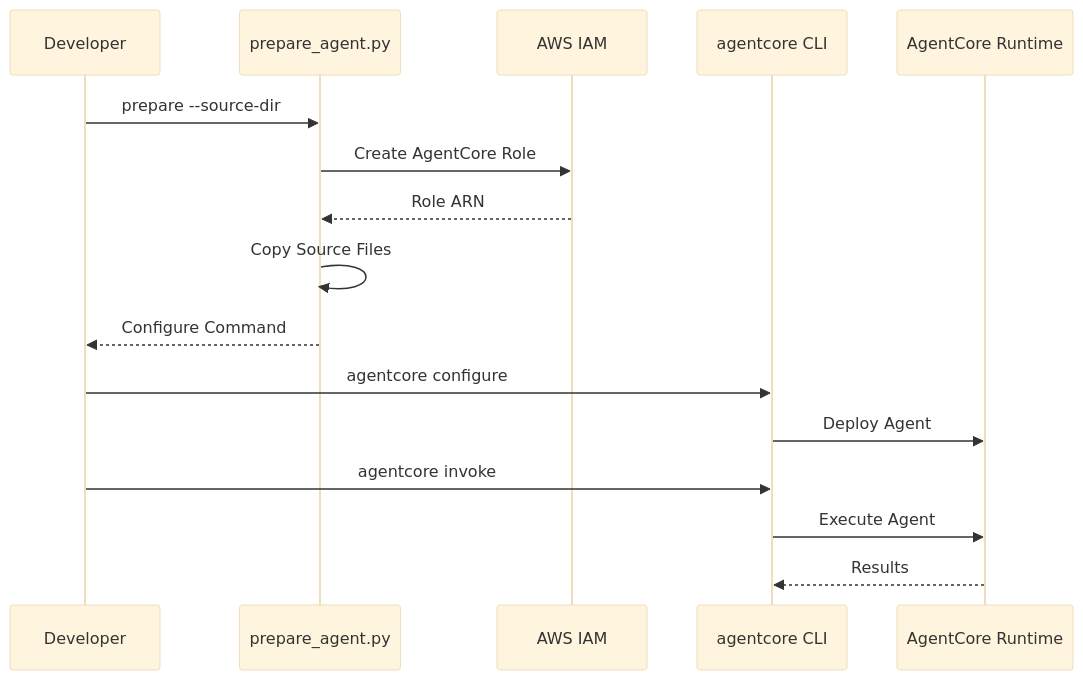
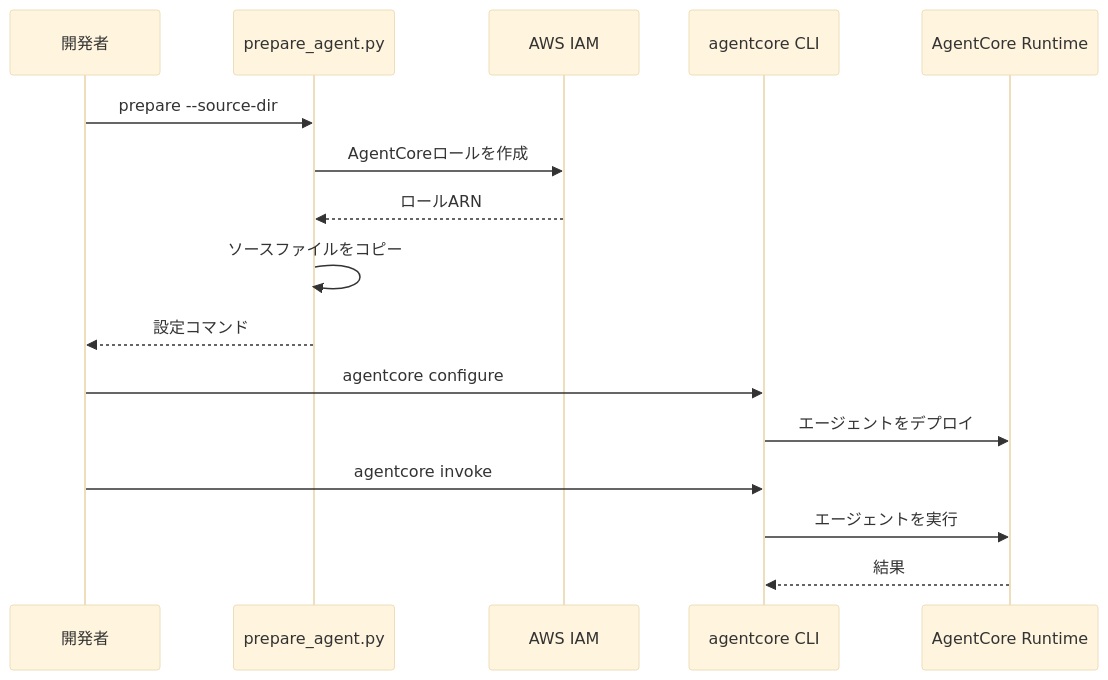
One commit to tetsuo-nobe/sample-amazon-bedrock-agentcore-jp changed the diagram in 02_runtime/README.md. Above: the diagram before and after it, drawn with Mermaid (base theme). The commit also changed other lines of this file and 17 other files, not shown here.

````diff
--- a/02_runtime/README.md
+++ b/02_runtime/README.md
@@ -9,19 +9,19 @@
 ```mermaid
 sequenceDiagram
-    participant Dev as Developer
+    participant Dev as 開発者
     participant Prep as prepare_agent.py
     participant IAM as AWS IAM
     participant CLI as agentcore CLI
     participant Runtime as AgentCore Runtime
 
     Dev->>Prep: prepare --source-dir
-    Prep->>IAM: Create AgentCore Role
-    IAM-->>Prep: Role ARN
-    Prep->>Prep: Copy Source Files
-    Prep-->>Dev: Configure Command
+    Prep->>IAM: AgentCoreロールを作成
+    IAM-->>Prep: ロールARN
+    Prep->>Prep: ソースファイルをコピー
+    Prep-->>Dev: 設定コマンド
     Dev->>CLI: agentcore configure
-    CLI->>Runtime: Deploy Agent
+    CLI->>Runtime: エージェントをデプロイ
     Dev->>CLI: agentcore invoke
-    CLI->>Runtime: Execute Agent
-    Runtime-->>CLI: Results
+    CLI->>Runtime: エージェントを実行
+    Runtime-->>CLI: 結果
 ```
````
